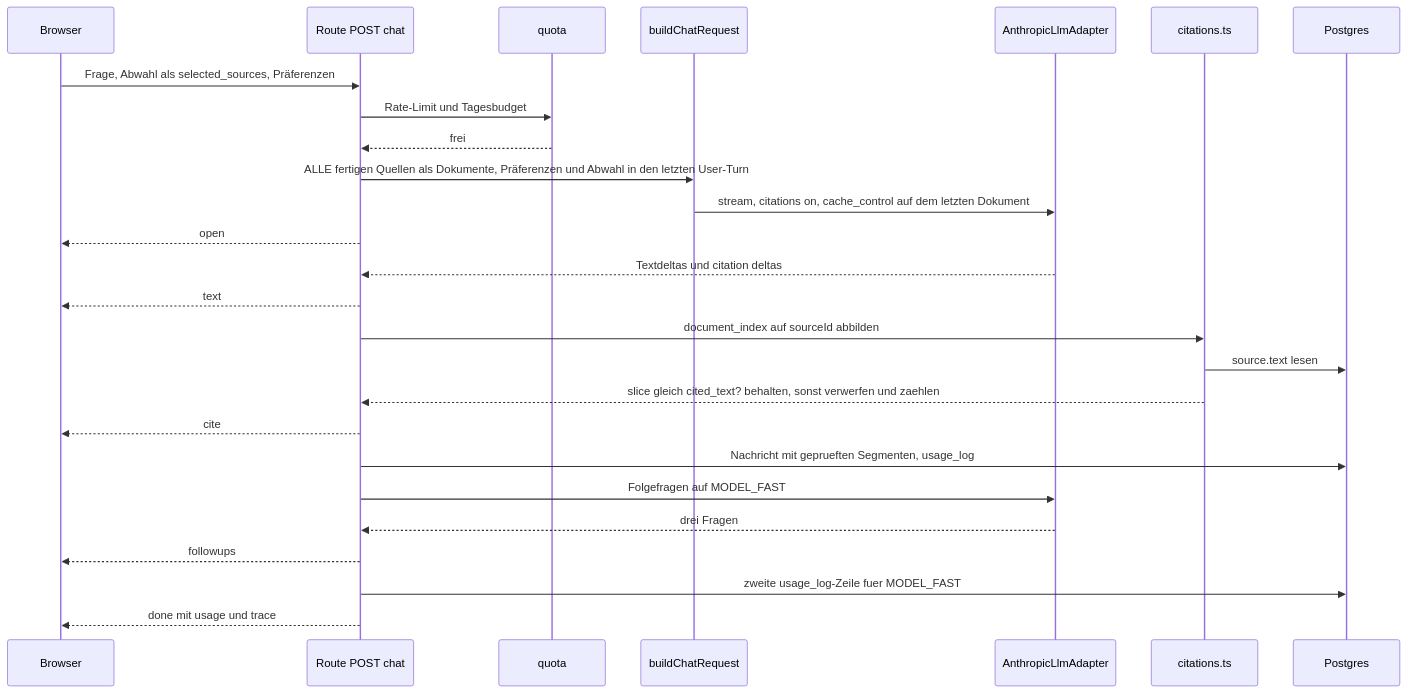
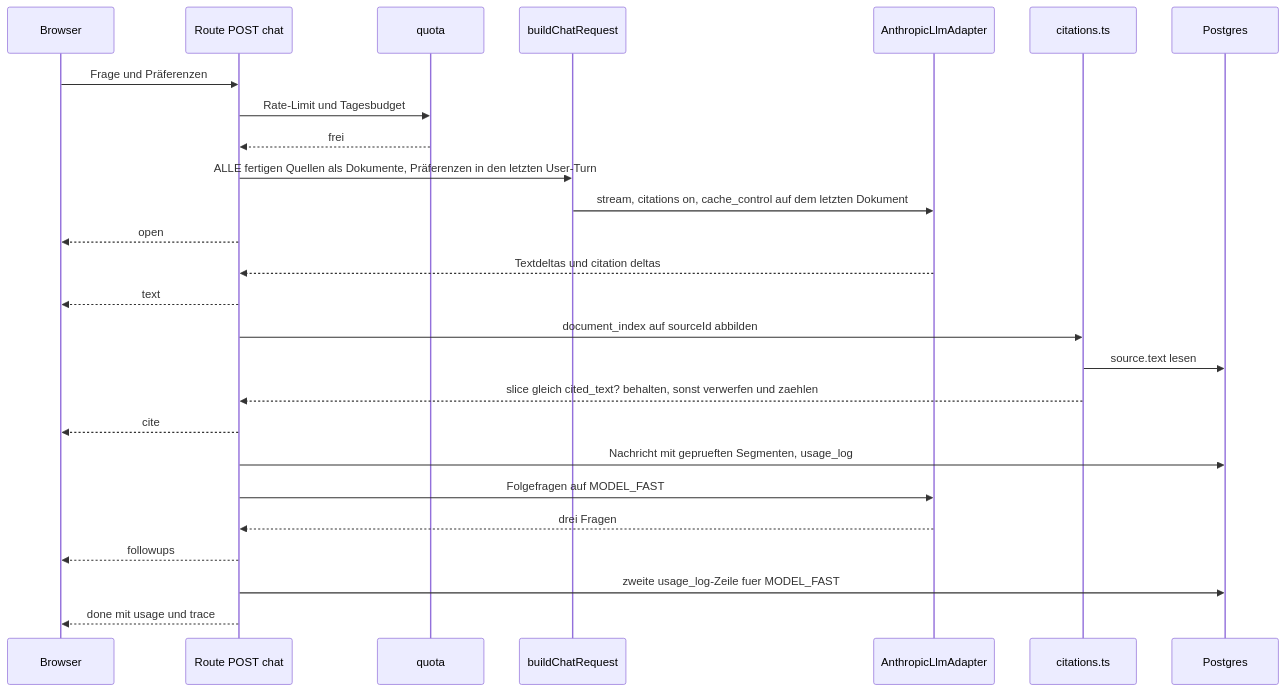
The second of 3 diagrams in docs/ARCHITECTURE.md (7Style/quellwerk), drawn with Mermaid before and after one commit. The commit also changed other lines of this file and 5 other files, not shown here.

First line of the commit message:
M0 docs: Umfang gekürzt, Website-Quellen und Quellenauswahl gestrichen, KNOWN-LIMITS angelegt

````diff
--- a/docs/ARCHITECTURE.md
+++ b/docs/ARCHITECTURE.md
@@ -44,28 +44,28 @@
 ```mermaid
 sequenceDiagram
   participant U as Browser
   participant R as Route POST chat
   participant Q as quota
   participant B as buildChatRequest
   participant L as AnthropicLlmAdapter
   participant C as citations.ts
   participant D as Postgres
-  U->>R: Frage, Abwahl als selected_sources, Präferenzen
+  U->>R: Frage und Präferenzen
   R->>Q: Rate-Limit und Tagesbudget
   Q-->>R: frei
-  R->>B: ALLE fertigen Quellen als Dokumente, Präferenzen und Abwahl in den letzten User-Turn
+  R->>B: ALLE fertigen Quellen als Dokumente, Präferenzen in den letzten User-Turn
   B->>L: stream, citations on, cache_control auf dem letzten Dokument
   R-->>U: open
   L-->>R: Textdeltas und citation deltas
   R-->>U: text
   R->>C: document_index auf sourceId abbilden
   C->>D: source.text lesen
   C-->>R: slice gleich cited_text? behalten, sonst verwerfen und zaehlen
   R-->>U: cite
   R->>D: Nachricht mit geprueften Segmenten, usage_log
   R->>L: Folgefragen auf MODEL_FAST
   L-->>R: drei Fragen
   R-->>U: followups
   R->>D: zweite usage_log-Zeile fuer MODEL_FAST
   R-->>U: done mit usage und trace
 ```
````
